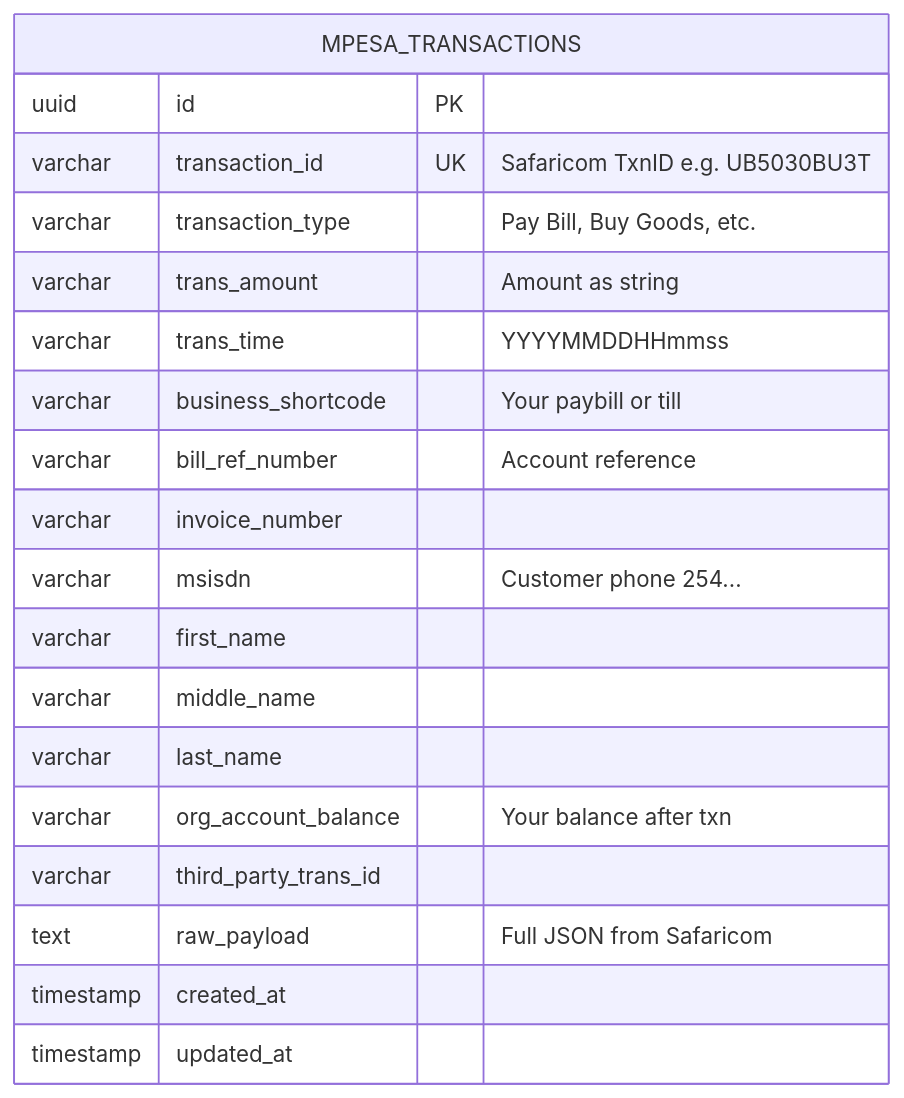
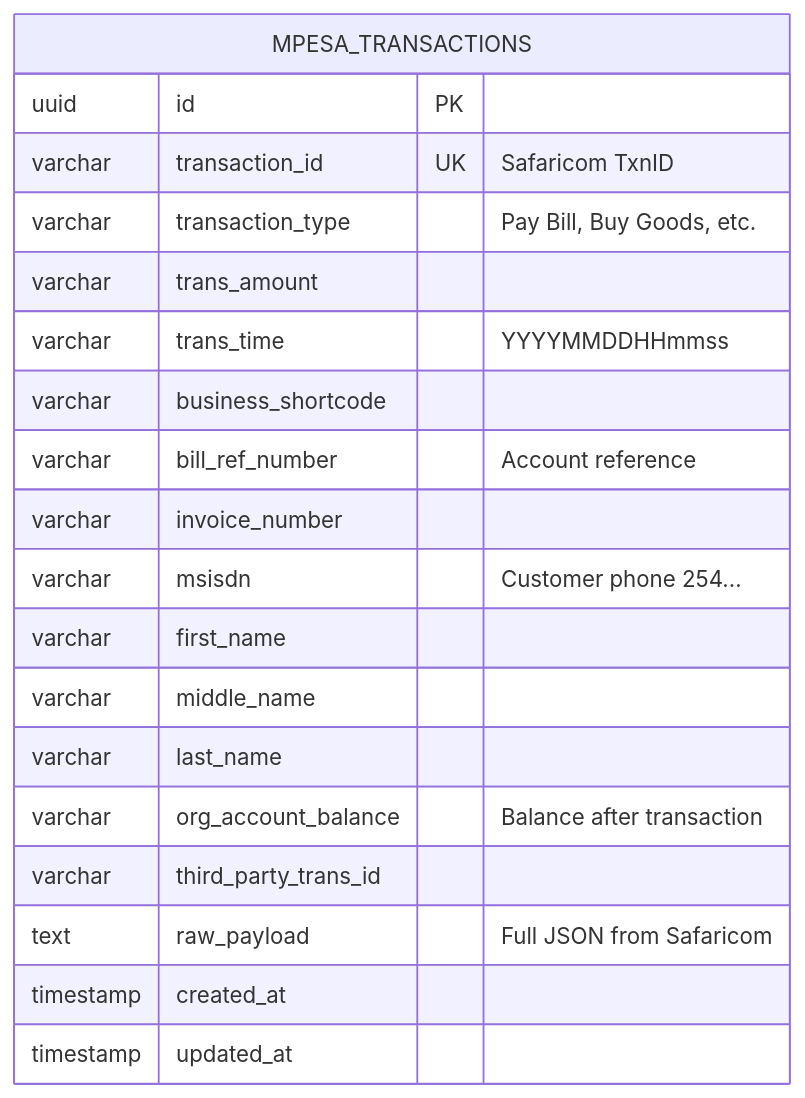
One commit to victorpreston/mpesa-api changed the second of 2 diagrams in README.md. Above: the diagram before and after it, drawn with Mermaid. The commit also changed other lines of this file, not shown here.

Commit message:
docs: rewrite README with accurate architecture, clean intro, and correct DB scope

````diff
--- a/README.md
+++ b/README.md
@@ -63,22 +68,22 @@
 ```mermaid
 erDiagram
     MPESA_TRANSACTIONS {
         uuid        id                  PK
-        varchar     transaction_id      UK  "Safaricom TxnID e.g. UB5030BU3T"
+        varchar     transaction_id      UK  "Safaricom TxnID"
         varchar     transaction_type        "Pay Bill, Buy Goods, etc."
-        varchar     trans_amount            "Amount as string"
+        varchar     trans_amount
         varchar     trans_time              "YYYYMMDDHHmmss"
-        varchar     business_shortcode      "Your paybill or till"
+        varchar     business_shortcode
         varchar     bill_ref_number         "Account reference"
         varchar     invoice_number
         varchar     msisdn                  "Customer phone 254..."
         varchar     first_name
         varchar     middle_name
         varchar     last_name
-        varchar     org_account_balance     "Your balance after txn"
+        varchar     org_account_balance     "Balance after transaction"
         varchar     third_party_trans_id
         text        raw_payload             "Full JSON from Safaricom"
         timestamp   created_at
         timestamp   updated_at
     }
 ```
````
